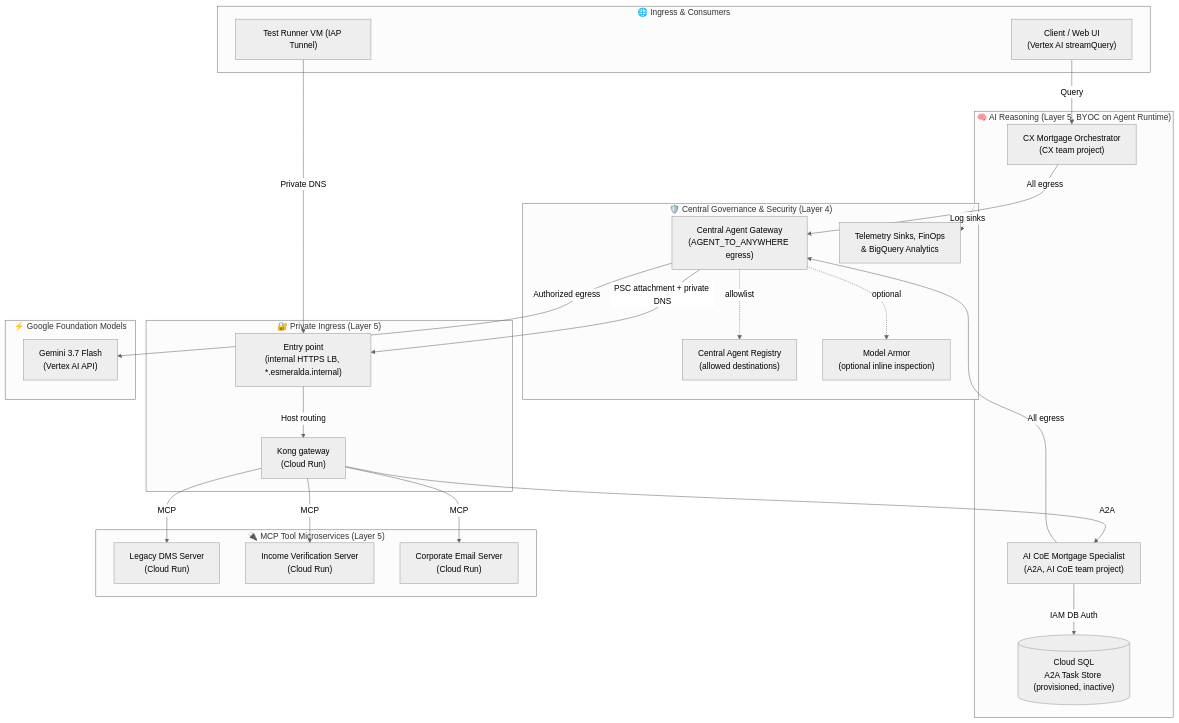
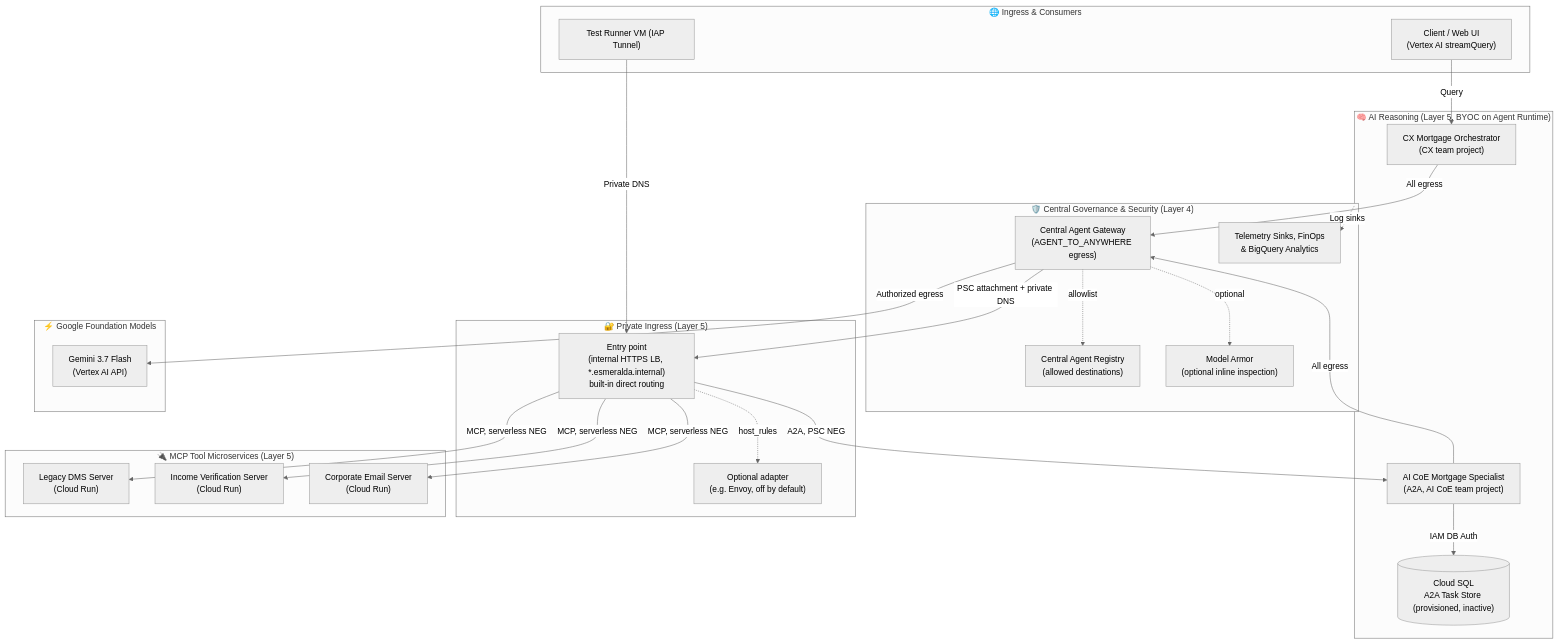
Before and after one commit to google/esmeralda: the diagram in README.md, drawn with Mermaid (neutral theme). The commit also changed other lines of this file and 93 other files, not shown here.

Commit message:
feat(gateway): built-in direct backend by default, service catalog, and remove Kong

````diff
--- a/README.md
+++ b/README.md
@@ -65,51 +65,51 @@
 ```mermaid
 flowchart TD
     subgraph Clients["🌐 Ingress & Consumers"]
         User["Client / Web UI\n(Vertex AI streamQuery)"]
         TestVM["Test Runner VM (IAP Tunnel)"]
     end
 
     subgraph Governance["🛡️ Central Governance & Security (Layer 4)"]
         AGW["Central Agent Gateway\n(AGENT_TO_ANYWHERE egress)"]
         AR["Central Agent Registry\n(allowed destinations)"]
         MA["Model Armor\n(optional inline inspection)"]
         FinOps["Telemetry Sinks, FinOps\n& BigQuery Analytics"]
     end
 
     subgraph Agents["🧠 AI Reasoning (Layer 5, BYOC on Agent Runtime)"]
         Orch["CX Mortgage Orchestrator\n(CX team project)"]
         Spec["AI CoE Mortgage Specialist\n(A2A, AI CoE team project)"]
         TaskDB[("Cloud SQL\nA2A Task Store (provisioned, inactive)")]
     end
 
     subgraph Private["🔐 Private Ingress (Layer 5)"]
-        EP["Entry point\n(internal HTTPS LB, *.esmeralda.internal)"]
-        Kong["Kong gateway\n(Cloud Run)"]
+        EP["Entry point\n(internal HTTPS LB, *.esmeralda.internal)\nbuilt-in direct routing"]
+        Adapter["Optional adapter\n(e.g. Envoy, off by default)"]
     end
 
     subgraph Tools["🔌 MCP Tool Microservices (Layer 5)"]
         DMS["Legacy DMS Server\n(Cloud Run)"]
         Income["Income Verification Server\n(Cloud Run)"]
         Email["Corporate Email Server\n(Cloud Run)"]
     end
 
     subgraph Models["⚡ Google Foundation Models"]
         Gemini["Gemini 3.7 Flash\n(Vertex AI API)"]
     end
 
     User -->|Query| Orch
     Orch -->|All egress| AGW
     Spec -->|All egress| AGW
     AGW -. allowlist .-> AR
     AGW -. optional .-> MA
     AGW -->|Authorized egress| Gemini
     AGW -->|PSC attachment + private DNS| EP
     TestVM -->|Private DNS| EP
-    EP -->|Host routing| Kong
-    Kong -->|A2A| Spec
-    Kong -->|MCP| DMS
-    Kong -->|MCP| Income
-    Kong -->|MCP| Email
+    EP -->|A2A, PSC NEG| Spec
+    EP -->|MCP, serverless NEG| DMS
+    EP -->|MCP, serverless NEG| Income
+    EP -->|MCP, serverless NEG| Email
+    EP -.->|host_rules| Adapter
     Spec -->|IAM DB Auth| TaskDB
     Agents -.->|Log sinks| FinOps
 ```
````
